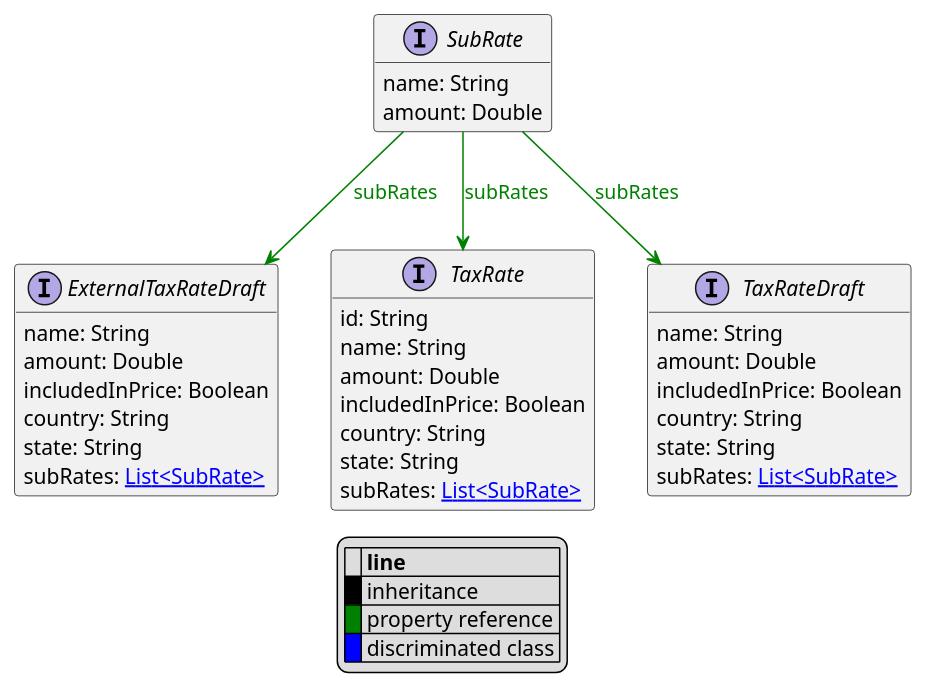
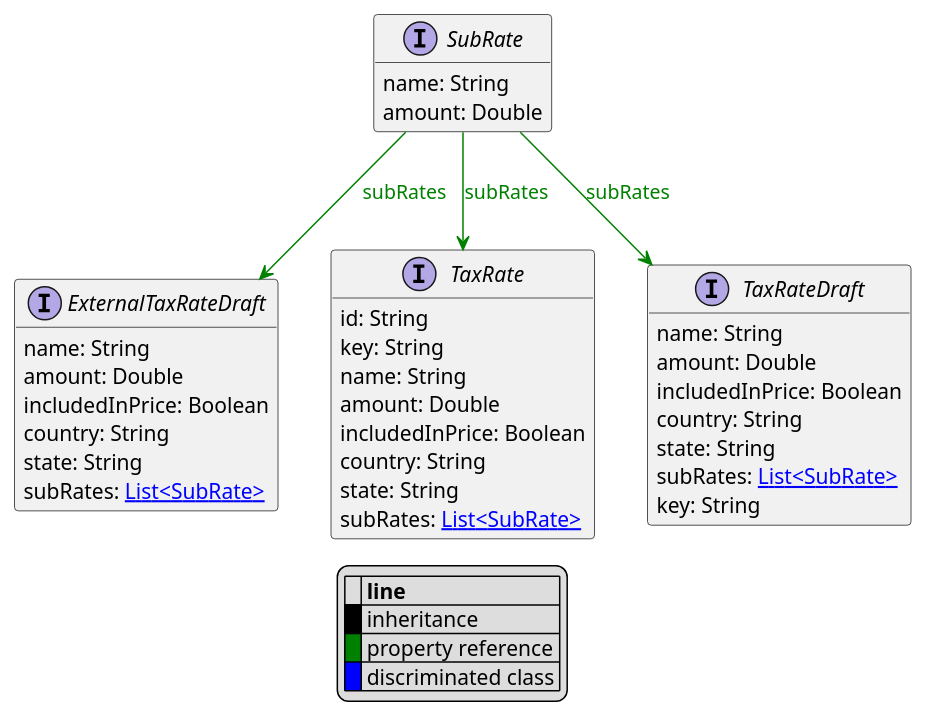
The diagram in uml/api/SubRate.puml (commercetools/commercetools-api-reference), drawn with PlantUML before and after one commit. The commit also changed 12 other files, not shown here.

```diff
--- a/uml/api/SubRate.puml
+++ b/uml/api/SubRate.puml
@@ -1,47 +1,49 @@
 @startuml
 
 hide empty fields
 hide empty methods
 legend
 |= |= line |
 |<back:black>   </back>| inheritance |
 |<back:green>   </back>| property reference |
 |<back:blue>   </back>| discriminated class |
 endlegend
 interface SubRate [[SubRate.svg]]  {
     name: String
     amount: Double
 }
 
 
 
 interface ExternalTaxRateDraft [[ExternalTaxRateDraft.svg]]  {
     name: String
     amount: Double
     includedInPrice: Boolean
     country: String
     state: String
     subRates: [[SubRate.svg List<SubRate>]]
 }
 interface TaxRate [[TaxRate.svg]]  {
     id: String
+    key: String
     name: String
     amount: Double
     includedInPrice: Boolean
     country: String
     state: String
     subRates: [[SubRate.svg List<SubRate>]]
 }
 interface TaxRateDraft [[TaxRateDraft.svg]]  {
     name: String
     amount: Double
     includedInPrice: Boolean
     country: String
     state: String
     subRates: [[SubRate.svg List<SubRate>]]
+    key: String
 }
 
 SubRate --> ExternalTaxRateDraft #green;text:green : "subRates"
 SubRate --> TaxRate #green;text:green : "subRates"
 SubRate --> TaxRateDraft #green;text:green : "subRates"
 @enduml
```
